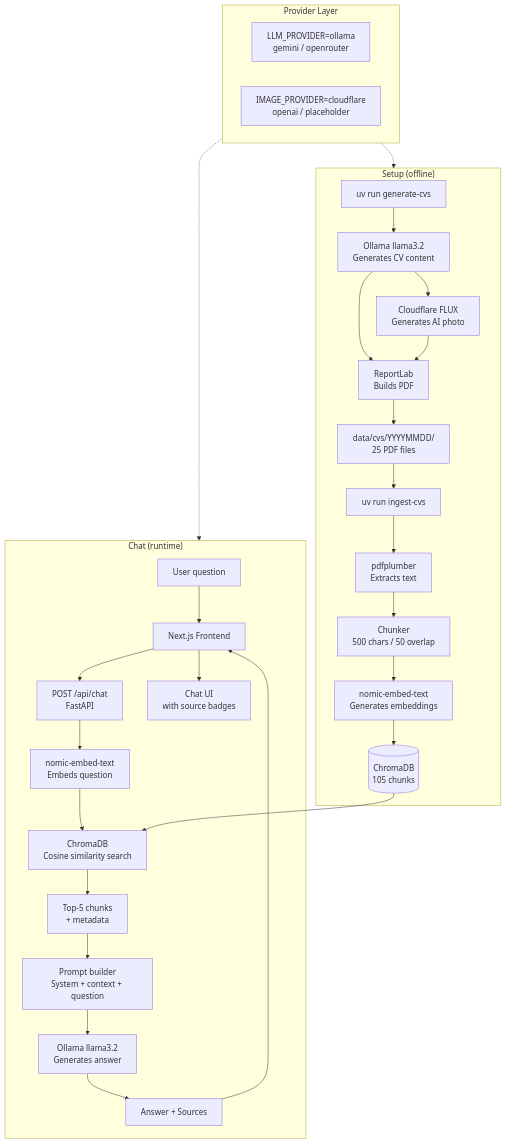
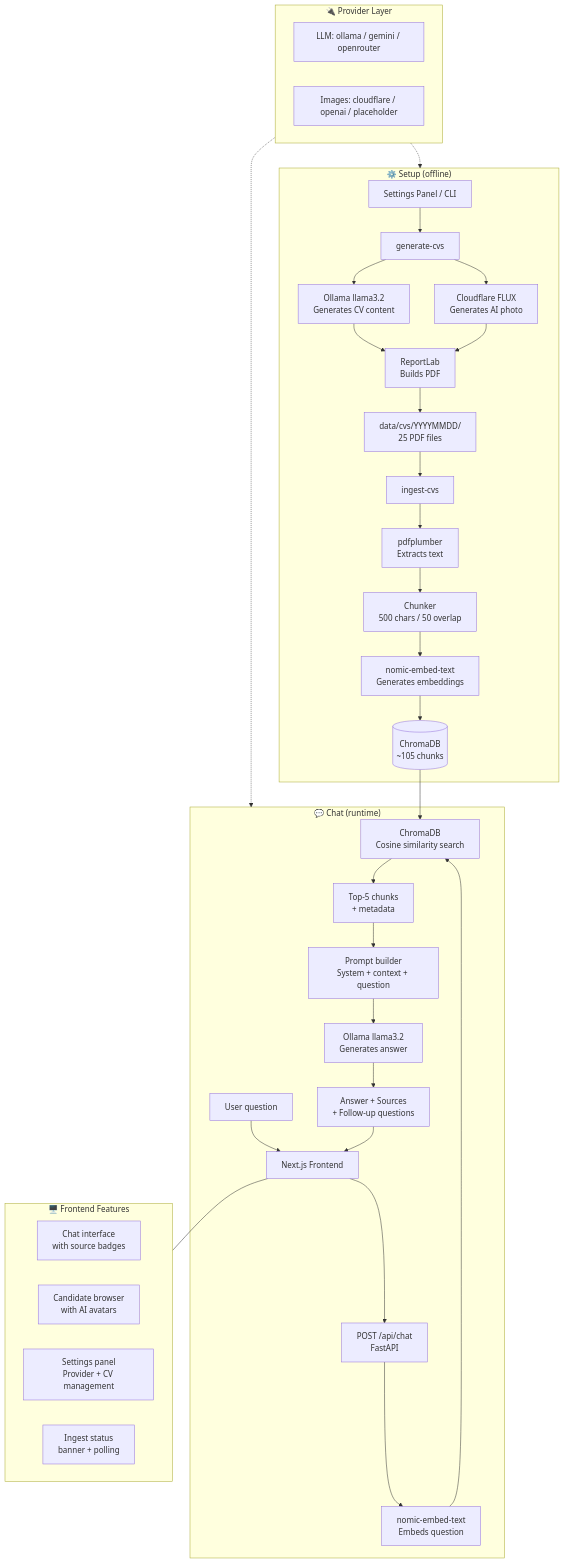
One commit to juannmcc/ai-powered-cv-screener-repo changed the diagram in docs/diagram.md. Above: the diagram before and after it, drawn with Mermaid. The commit also changed other lines of this file and 1 other file, not shown here.

Commit message:
docs: major update

````diff
--- a/docs/diagram.md
+++ b/docs/diagram.md
@@ -5,36 +5,44 @@
 ```mermaid
 flowchart TD
-    subgraph SETUP ["Setup (offline)"]
-        A[uv run generate-cvs] --> B[Ollama llama3.2\nGenerates CV content]
-        B --> C[Cloudflare FLUX\nGenerates AI photo]
-        B & C --> D[ReportLab\nBuilds PDF]
-        D --> E[data/cvs/YYYYMMDD/\n25 PDF files]
-        E --> F[uv run ingest-cvs]
-        F --> G[pdfplumber\nExtracts text]
-        G --> H[Chunker\n500 chars / 50 overlap]
-        H --> I[nomic-embed-text\nGenerates embeddings]
-        I --> J[(ChromaDB\n105 chunks)]
+    subgraph SETUP ["⚙️ Setup (offline)"]
+        A[Settings Panel / CLI] --> B[generate-cvs]
+        B --> C[Ollama llama3.2\nGenerates CV content]
+        B --> D[Cloudflare FLUX\nGenerates AI photo]
+        C & D --> E[ReportLab\nBuilds PDF]
+        E --> F[data/cvs/YYYYMMDD/\n25 PDF files]
+        F --> G[ingest-cvs]
+        G --> H[pdfplumber\nExtracts text]
+        H --> I[Chunker\n500 chars / 50 overlap]
+        I --> J[nomic-embed-text\nGenerates embeddings]
+        J --> K[(ChromaDB\n~105 chunks)]
     end
 
-    subgraph CHAT ["Chat (runtime)"]
-        K[User question] --> L[Next.js Frontend]
-        L --> M[POST /api/chat\nFastAPI]
-        M --> N[nomic-embed-text\nEmbeds question]
-        N --> O[ChromaDB\nCosine similarity search]
-        O --> P[Top-5 chunks\n+ metadata]
-        P --> Q[Prompt builder\nSystem + context + question]
-        Q --> R[Ollama llama3.2\nGenerates answer]
-        R --> S[Answer + Sources]
-        S --> L
-        L --> T[Chat UI\nwith source badges]
+    subgraph CHAT ["💬 Chat (runtime)"]
+        L[User question] --> M[Next.js Frontend]
+        M --> N[POST /api/chat\nFastAPI]
+        N --> O[nomic-embed-text\nEmbeds question]
+        O --> P[ChromaDB\nCosine similarity search]
+        P --> Q[Top-5 chunks\n+ metadata]
+        Q --> R[Prompt builder\nSystem + context + question]
+        R --> S[Ollama llama3.2\nGenerates answer]
+        S --> T[Answer + Sources\n+ Follow-up questions]
+        T --> M
     end
 
-    subgraph PROVIDERS ["Provider Layer"]
-        U[LLM_PROVIDER=ollama\ngemini / openrouter]
-        V[IMAGE_PROVIDER=cloudflare\nopenai / placeholder]
+    subgraph UI ["🖥️ Frontend Features"]
+        U[Chat interface\nwith source badges]
+        V[Candidate browser\nwith AI avatars]
+        W[Settings panel\nProvider + CV management]
+        X[Ingest status\nbanner + polling]
     end
 
-    J --> O
+    subgraph PROVIDERS ["🔌 Provider Layer"]
+        Y[LLM: ollama / gemini / openrouter]
+        Z[Images: cloudflare / openai / placeholder]
+    end
+
+    K --> P
+    M --- UI
+    PROVIDERS -.-> SETUP
     PROVIDERS -.-> CHAT
-    PROVIDERS -.-> SETUP
 ```
````
